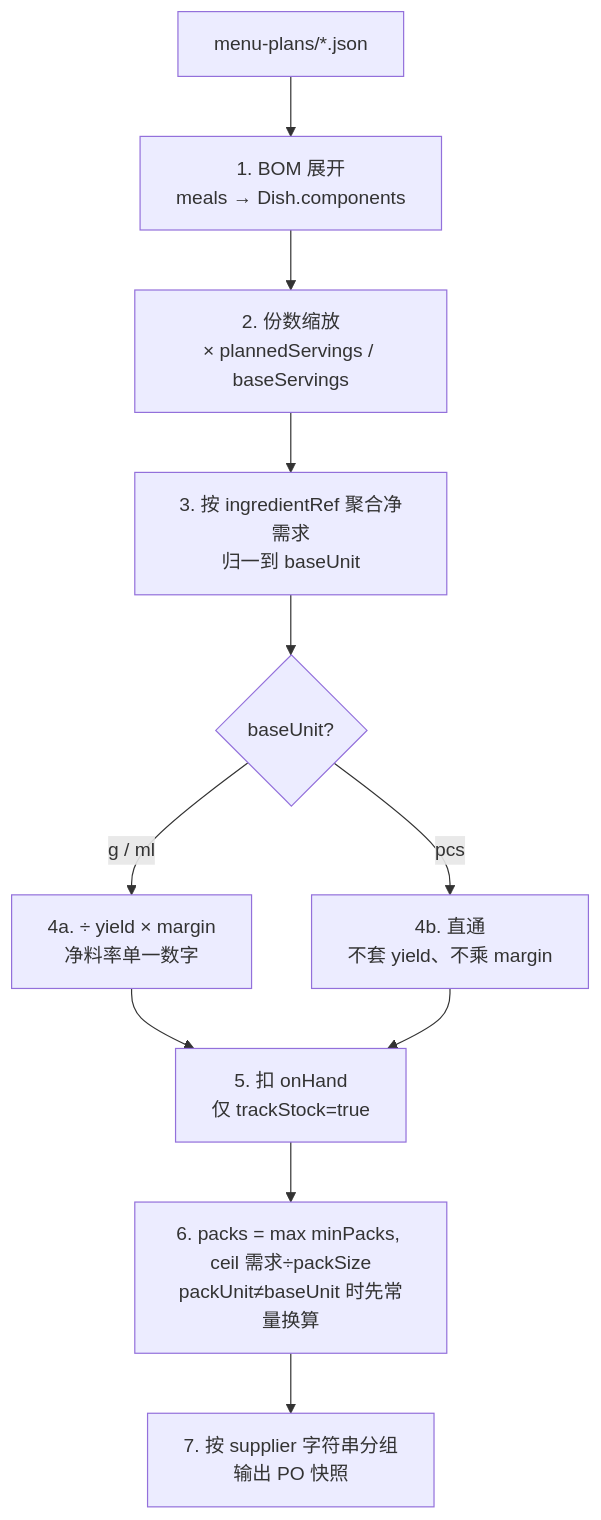
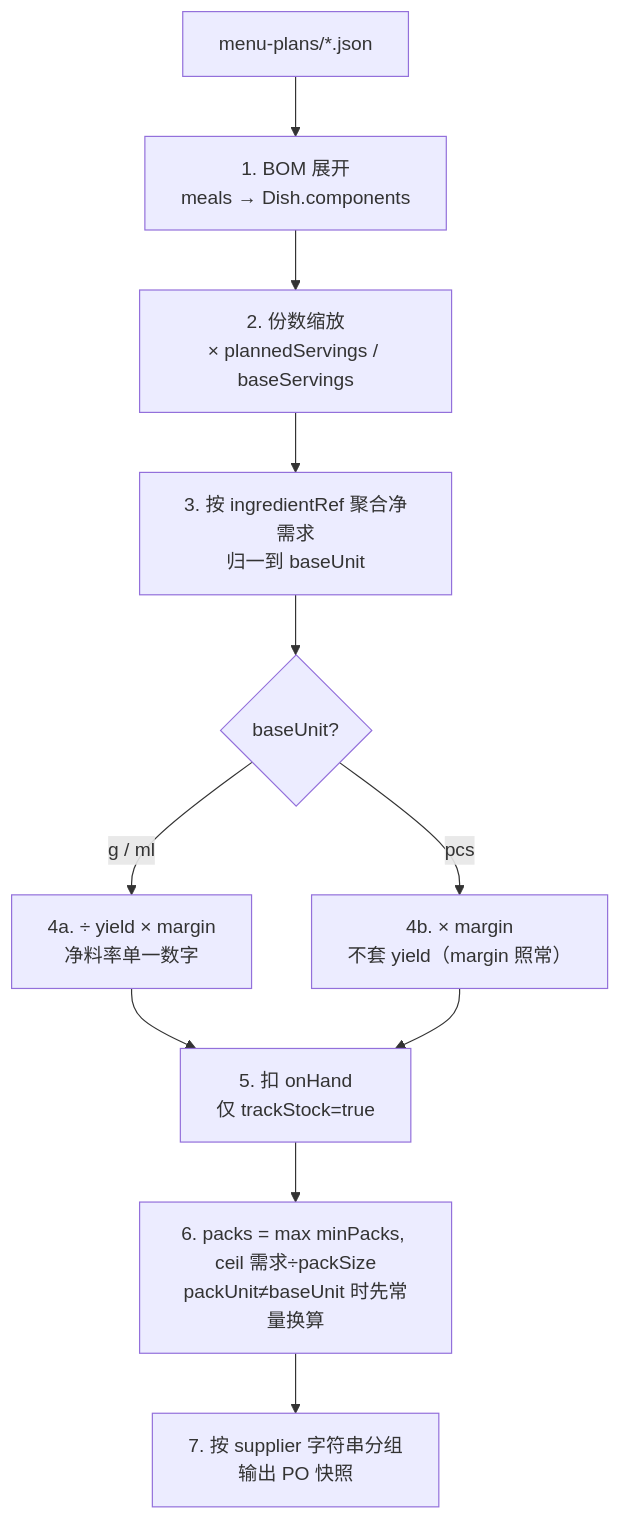
The diagram in docs/modules/procurement.md (TERRYYYC/canteen-os), drawn with Mermaid before and after one commit. The commit also changed other lines of this file and 26 other files, not shown here.

First line of the commit message:
fix!: margin 对 pcs 食材生效（鸡蛋 720→792→5 箱）+ to-taste 单位 + 真人测试材料

````diff
--- a/docs/modules/procurement.md
+++ b/docs/modules/procurement.md
@@ -39,13 +39,13 @@
 ```mermaid
 flowchart TD
     A[menu-plans/*.json] --> B[1. BOM 展开<br/>meals → Dish.components]
     B --> C[2. 份数缩放<br/>× plannedServings / baseServings]
     C --> D[3. 按 ingredientRef 聚合净需求<br/>归一到 baseUnit]
     D --> E{baseUnit?}
     E -->|g / ml| F[4a. ÷ yield × margin<br/>净料率单一数字]
-    E -->|pcs| G[4b. 直通<br/>不套 yield、不乘 margin]
+    E -->|pcs| G[4b. × margin<br/>不套 yield（margin 照常）]
     F --> H[5. 扣 onHand<br/>仅 trackStock=true]
     G --> H
     H --> I[6. packs = max minPacks, ceil 需求÷packSize<br/>packUnit≠baseUnit 时先常量换算]
     I --> J[7. 按 supplier 字符串分组<br/>输出 PO 快照]
 ```
````
